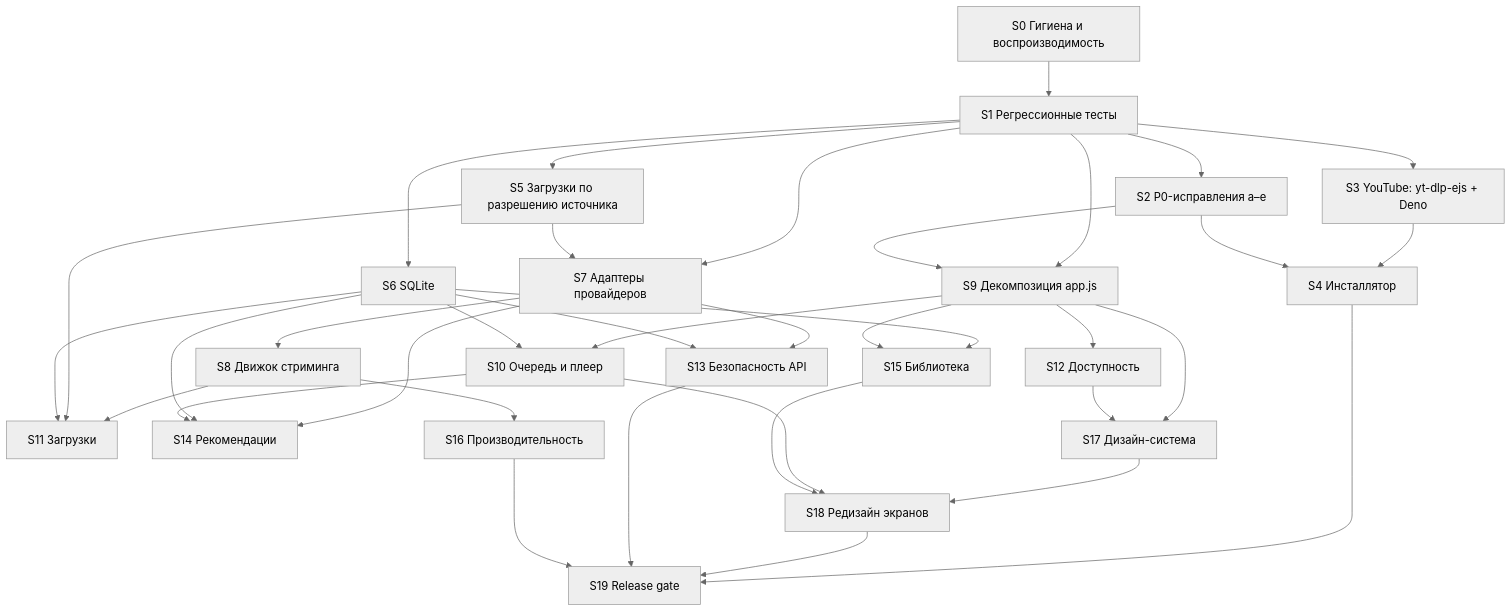
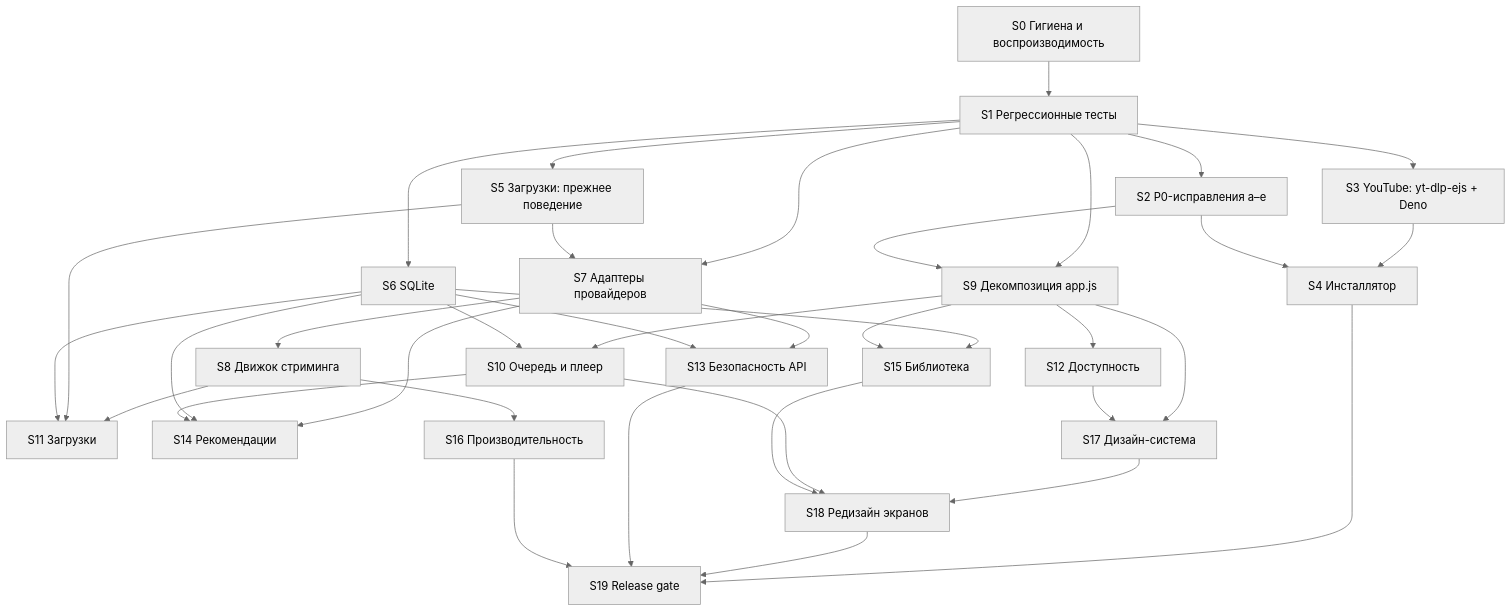
One commit to Andrey3269/Wave changed the diagram in docs/engineering/ROADMAP.md. Above: the diagram before and after it, drawn with Mermaid (neutral theme). The commit also changed other lines of this file and 4 other files, not shown here.

````diff
--- a/docs/engineering/ROADMAP.md
+++ b/docs/engineering/ROADMAP.md
@@ -16,38 +16,38 @@
 ```mermaid
 graph TD
   S0[S0 Гигиена и воспроизводимость] --> S1[S1 Регрессионные тесты]
   S1 --> S2[S2 P0-исправления a–e]
   S1 --> S3[S3 YouTube: yt-dlp-ejs + Deno]
-  S1 --> S5[S5 Загрузки по разрешению источника]
+  S1 --> S5[S5 Загрузки: прежнее поведение]
   S3 --> S4[S4 Инсталлятор]
   S2 --> S4
   S1 --> S6[S6 SQLite]
   S1 --> S7[S7 Адаптеры провайдеров]
   S5 --> S7
   S7 --> S8[S8 Движок стриминга]
   S1 --> S9[S9 Декомпозиция app.js]
   S2 --> S9
   S9 --> S10[S10 Очередь и плеер]
   S6 --> S10
   S8 --> S11[S11 Загрузки]
   S5 --> S11
   S6 --> S11
   S9 --> S12[S12 Доступность]
   S7 --> S13[S13 Безопасность API]
   S6 --> S13
   S7 --> S14[S14 Рекомендации]
   S6 --> S14
   S10 --> S14
   S6 --> S15[S15 Библиотека]
   S9 --> S15
   S8 --> S16[S16 Производительность]
   S9 --> S17[S17 Дизайн-система]
   S12 --> S17
   S17 --> S18[S18 Редизайн экранов]
   S10 --> S18
   S15 --> S18
   S4 --> S19[S19 Release gate]
   S18 --> S19
   S13 --> S19
   S16 --> S19
 ```
````
